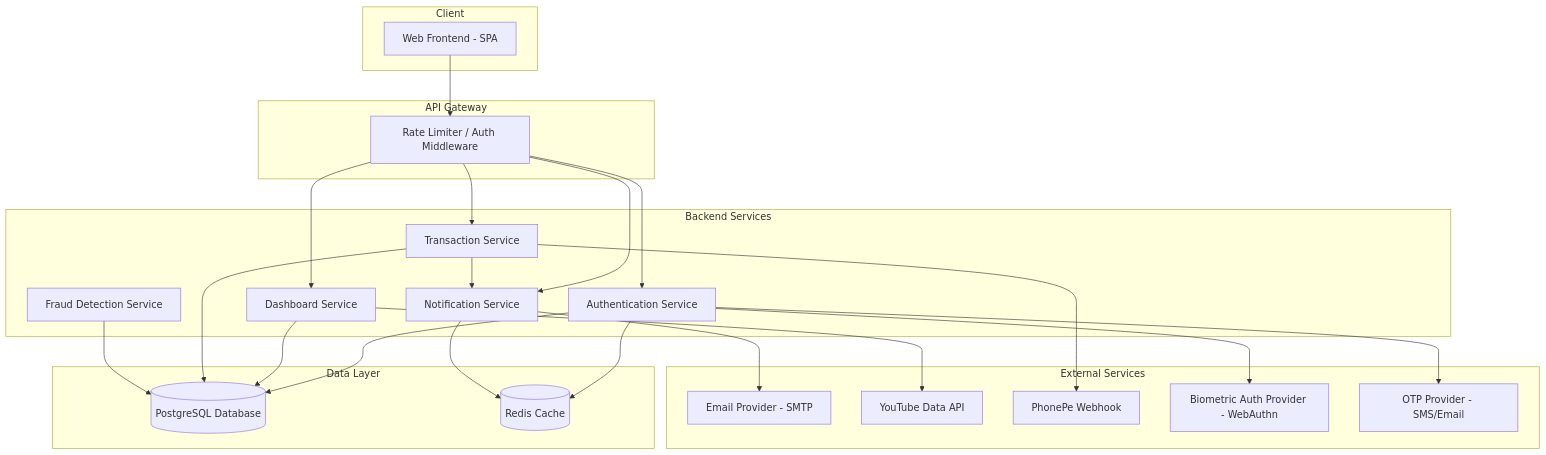
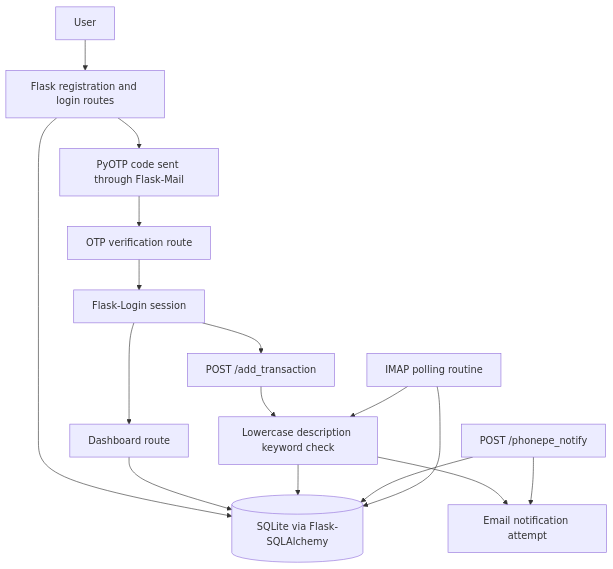
The second of 4 diagrams in README.md (nisargans87/VVCE_Vibeathon1_Project), drawn with Mermaid before and after one commit. The commit also changed other lines of this file, not shown here.

````diff
--- a/README.md
+++ b/README.md
@@ -16,54 +112,18 @@
 ```mermaid
-graph TD
-    subgraph Client
-        UI[Web Frontend - SPA]
-    end
-
-    subgraph API_Gateway[API Gateway]
-        AG[Rate Limiter / Auth Middleware]
-    end
-
-    subgraph Backend[Backend Services]
-        AUTH[Authentication Service]
-        DASH[Dashboard Service]
-        TXN[Transaction Service]
-        NOTIF[Notification Service]
-        FRAUD[Fraud Detection Service]
-    end
-
-    subgraph Data_Layer[Data Layer]
-        DB[(PostgreSQL Database)]
-        CACHE[(Redis Cache)]
-    end
-
-    subgraph External[External Services]
-        EMAIL[Email Provider - SMTP]
-        YT[YouTube Data API]
-        PHONEPE[PhonePe Webhook]
-        BIO[Biometric Auth Provider - WebAuthn]
-        OTP_SVC[OTP Provider - SMS/Email]
-    end
-
-    UI --> AG
-    AG --> AUTH
-    AG --> DASH
-    AG --> TXN
-    AG --> NOTIF
-
-    AUTH --> DB
-    AUTH --> CACHE
-    AUTH --> OTP_SVC
-    AUTH --> BIO
-
-    DASH --> DB
-    DASH --> YT
-
-    TXN --> DB
-    TXN --> NOTIF
-    TXN --> PHONEPE
-
-    NOTIF --> EMAIL
-    NOTIF --> CACHE
-
-    FRAUD --> DB
+flowchart TD
+    U[User] --> R[Flask registration and login routes]
+    R --> DB[(SQLite via Flask-SQLAlchemy)]
+    R --> OTP[PyOTP code sent through Flask-Mail]
+    OTP --> V[OTP verification route]
+    V --> S[Flask-Login session]
+    S --> D[Dashboard route]
+    D --> DB
+    S --> T[POST /add_transaction]
+    T --> K[Lowercase description keyword check]
+    K --> DB
+    K --> E[Email notification attempt]
+    P[POST /phonepe_notify] --> DB
+    P --> E
+    M[IMAP polling routine] --> K
+    M --> DB
 ```
````
